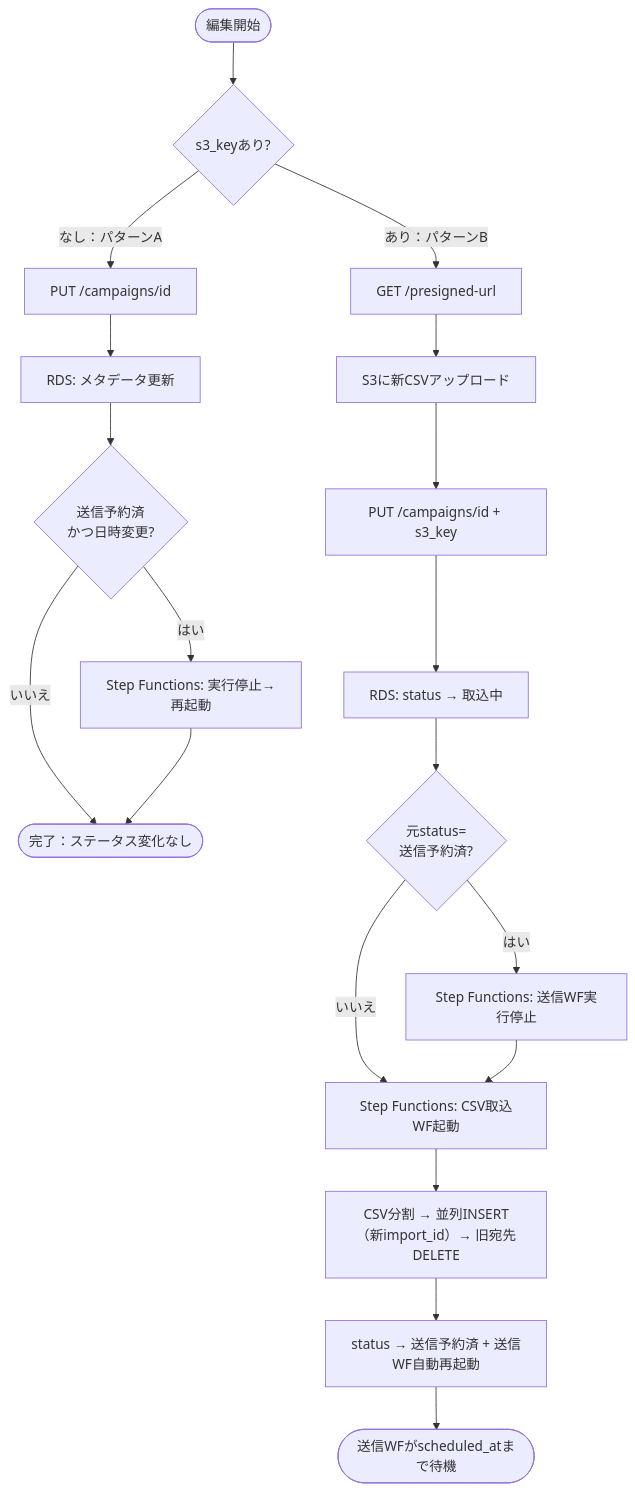
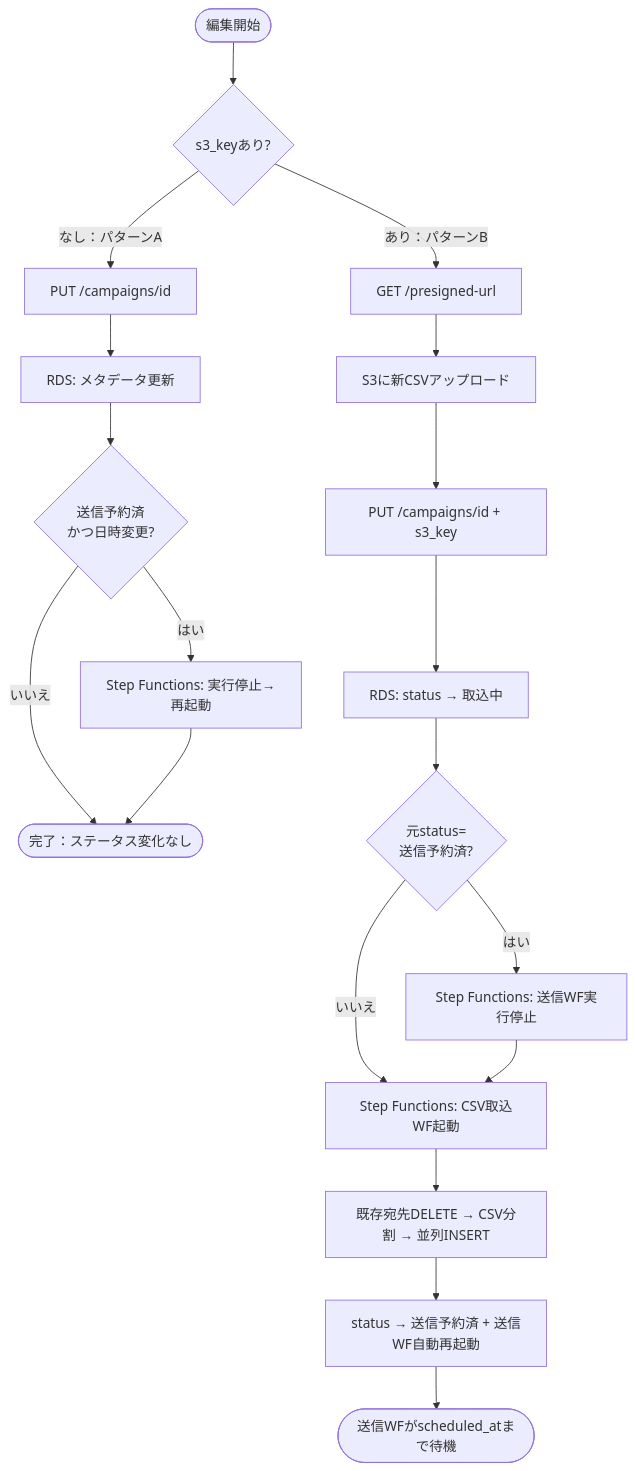
Before and after one commit to muratariku0903/mass-emailing: the fourth of 5 diagrams in docs/00-overview.md, drawn with Mermaid. The commit also changed other lines of this file and 4 other files, not shown here.

````diff
--- a/docs/00-overview.md
+++ b/docs/00-overview.md
@@ -117,23 +117,23 @@
 ```mermaid
 flowchart TD
     START([編集開始]) --> CHECK{s3_keyあり?}
 
     CHECK -->|なし：パターンA| A1[PUT /campaigns/id]
     A1 --> A2[RDS: メタデータ更新]
     A2 --> A3{送信予約済<br/>かつ日時変更?}
     A3 -->|はい| A4[Step Functions: 実行停止→再起動]
     A3 -->|いいえ| A5([完了：ステータス変化なし])
     A4 --> A5
 
     CHECK -->|あり：パターンB| B1[GET /presigned-url]
     B1 --> B2[S3に新CSVアップロード]
     B2 --> B3[PUT /campaigns/id + s3_key]
     B3 --> B4[RDS: status → 取込中]
     B4 --> B5{元status=<br/>送信予約済?}
     B5 -->|はい| B6[Step Functions: 送信WF実行停止]
     B5 -->|いいえ| B7[Step Functions: CSV取込WF起動]
     B6 --> B7
-    B7 --> B8[CSV分割 → 並列INSERT（新import_id）→ 旧宛先DELETE]
+    B7 --> B8[既存宛先DELETE → CSV分割 → 並列INSERT]
     B8 --> B9[status → 送信予約済 + 送信WF自動再起動]
     B9 --> B10([送信WFがscheduled_atまで待機])
 ```
````
